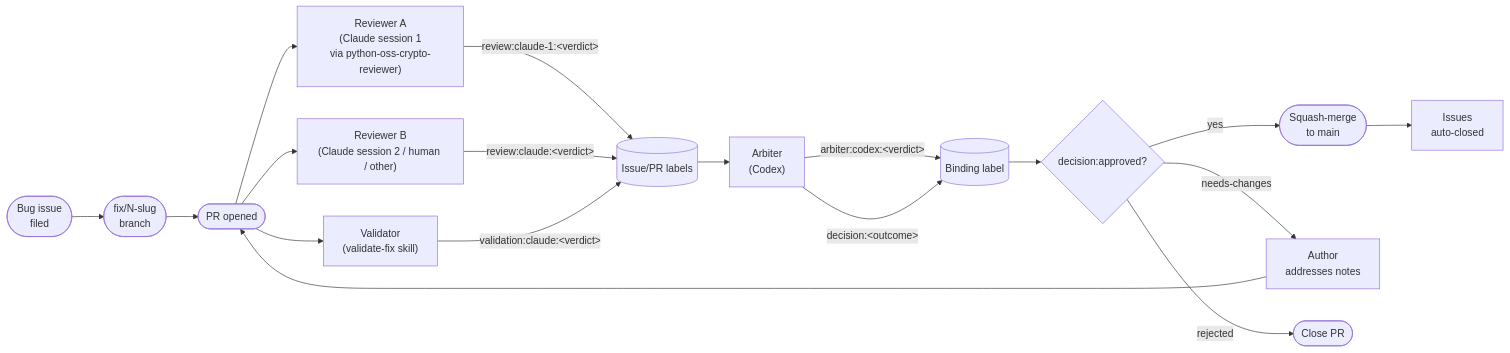
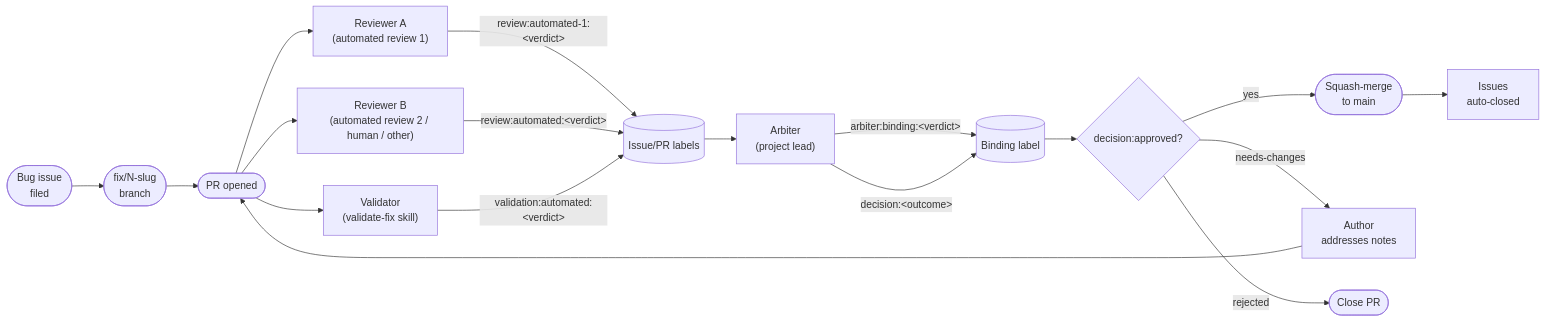
One commit to BreachSAFE/qureddy changed the diagram in docs/contributors/review-process.md. Above: the diagram before and after it, drawn with Mermaid. The commit also changed other lines of this file and 15 other files, not shown here.

````diff
--- a/docs/contributors/review-process.md
+++ b/docs/contributors/review-process.md
@@ -11,25 +11,25 @@
 ```mermaid
 flowchart LR
     issue([Bug issue<br/>filed]) --> branch([fix/N-slug<br/>branch])
     branch --> pr([PR opened])
 
-    pr --> review_a["Reviewer A<br/>(Claude session 1<br/>via python-oss-crypto-reviewer)"]
-    pr --> review_b["Reviewer B<br/>(Claude session 2 / human / other)"]
+    pr --> review_a["Reviewer A<br/>(automated review 1)"]
+    pr --> review_b["Reviewer B<br/>(automated review 2 / human / other)"]
     pr --> validate["Validator<br/>(validate-fix skill)"]
 
-    review_a -->|review:claude-1:&lt;verdict&gt;| labels1[(Issue/PR labels)]
-    review_b -->|review:claude:&lt;verdict&gt;| labels1
-    validate -->|validation:claude:&lt;verdict&gt;| labels1
+    review_a -->|review:automated-1:&lt;verdict&gt;| labels1[(Issue/PR labels)]
+    review_b -->|review:automated:&lt;verdict&gt;| labels1
+    validate -->|validation:automated:&lt;verdict&gt;| labels1
 
-    labels1 --> arbiter["Arbiter<br/>(Codex)"]
-    arbiter -->|arbiter:codex:&lt;verdict&gt;| labels2[(Binding label)]
+    labels1 --> arbiter["Arbiter<br/>(project lead)"]
+    arbiter -->|arbiter:binding:&lt;verdict&gt;| labels2[(Binding label)]
     arbiter -->|decision:&lt;outcome&gt;| labels2
 
     labels2 --> gate{decision:approved?}
     gate -->|yes| merge([Squash-merge<br/>to main])
     gate -->|needs-changes| author[Author<br/>addresses notes]
     gate -->|rejected| close([Close PR])
 
     author --> pr
     merge --> close_issue[Issues<br/>auto-closed]
 ```
````
